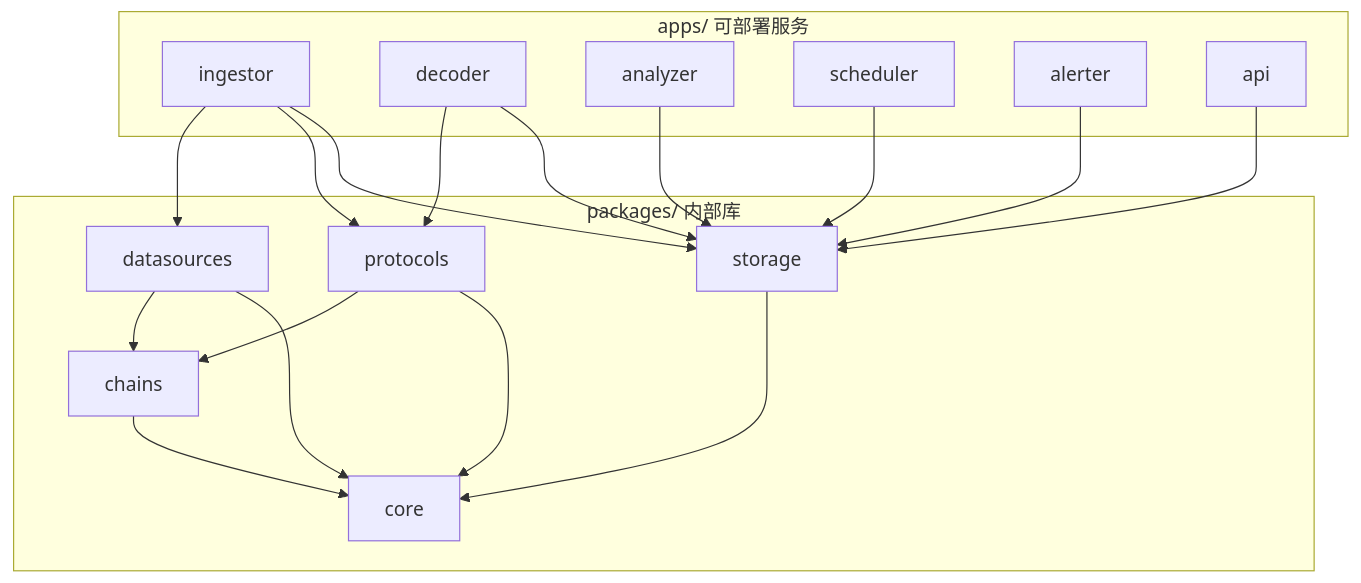
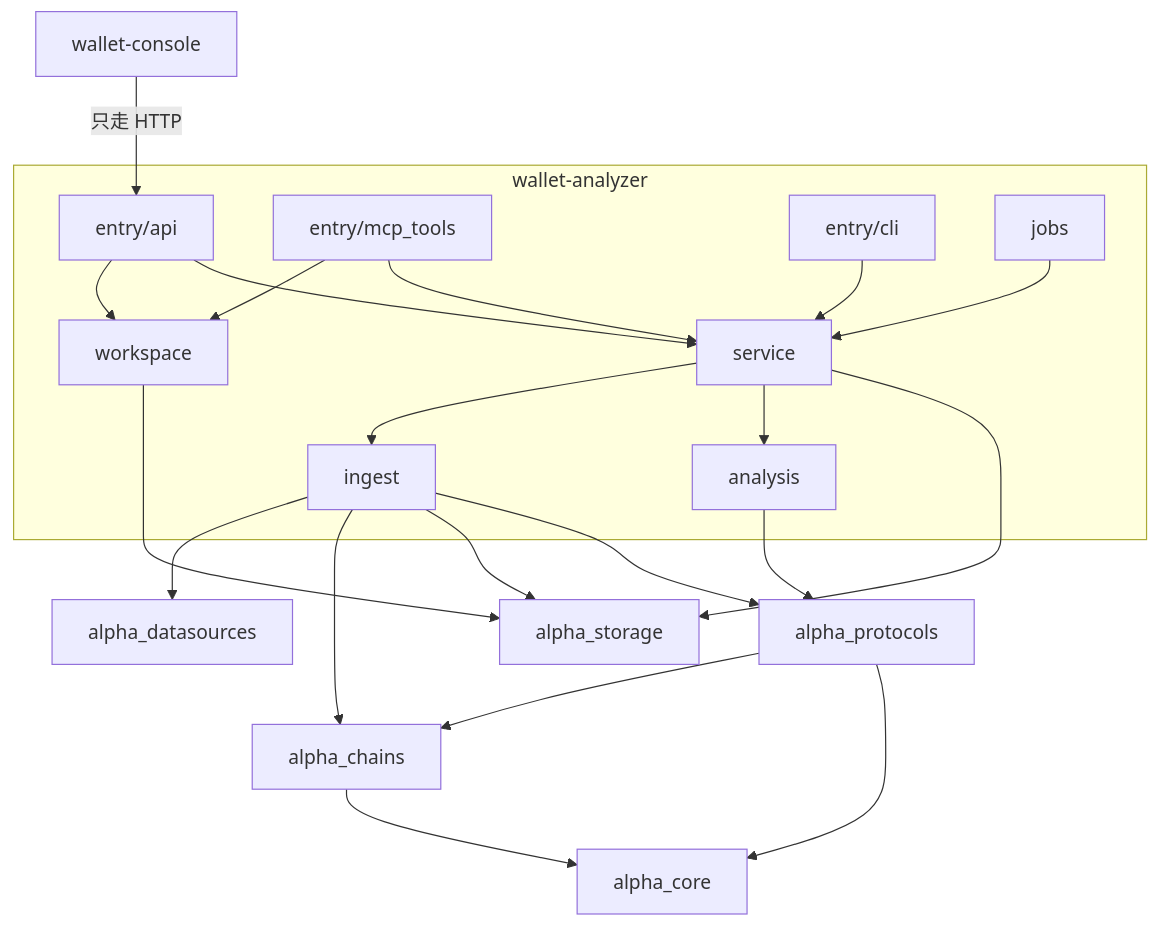
The ninth of 10 diagrams in docs/钱包链上行为分析系统设计方案.md (chenhouzhenjob/alpha-research-engine), drawn with Mermaid before and after one commit. The commit also changed other lines of this file and 36 other files, not shown here.

````diff
--- a/docs/钱包链上行为分析系统设计方案.md
+++ b/docs/钱包链上行为分析系统设计方案.md
@@ -547,35 +1051,24 @@
 ```mermaid
 graph TB
-    subgraph APPS["apps/ 可部署服务"]
-        A1[ingestor]
-        A2[decoder]
-        A3[analyzer]
-        A4[scheduler]
-        A5[alerter]
-        A6[api]
+    CON["wallet-console"] -->|只走 HTTP| API
+    subgraph APP["wallet-analyzer"]
+        API["entry/api"] --> WSP[workspace]
+        MCPT["entry/mcp_tools"] --> WSP
+        MCPT --> SV[service]
+        API --> SV
+        CLI["entry/cli"] --> SV
+        JOBS[jobs] --> SV
+        SV --> IG[ingest]
+        SV --> AN[analysis]
     end
-
-    subgraph PKGS["packages/ 内部库"]
-        P1[protocols]
-        P2[datasources]
-        P3[chains]
-        P4[storage]
-        P5[core]
-    end
-
-    A1 --> P2
-    A1 --> P1
-    A1 --> P4
-    A2 --> P1
-    A2 --> P4
-    A3 --> P4
-    A4 --> P4
-    A5 --> P4
-    A6 --> P4
-    P1 --> P3
-    P2 --> P3
-    P1 --> P5
-    P2 --> P5
-    P3 --> P5
-    P4 --> P5
+    IG --> DS[alpha_datasources]
+    IG --> CH[alpha_chains]
+    IG --> ST[alpha_storage]
+    IG --> PR[alpha_protocols]
+    AN --> PR
+    WSP --> ST
+    SV --> ST
+    PR --> CH
+    PR --> CO[alpha_core]
+    CH --> CO
 ```
````
